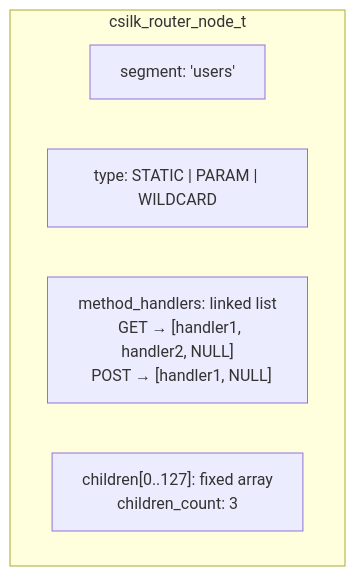
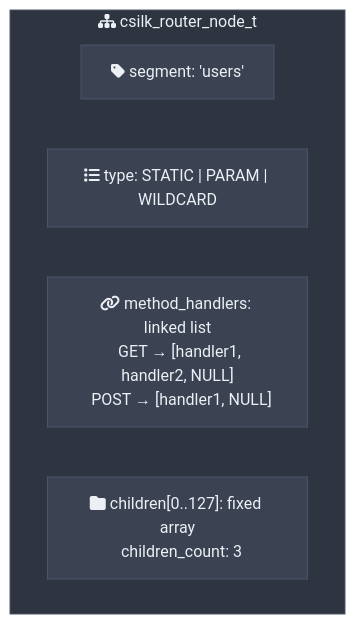
The first of 5 diagrams in docs/module-design/router.md (quintin-lee/csilk), drawn with Mermaid before and after one commit. The commit also changed other lines of this file and 30 other files, not shown here.

Commit message:
docs(docs): 📝 apply Nord Mermaid theme, RFC 2119 keywords, and quantified metrics to all docs

````diff
--- a/docs/module-design/router.md
+++ b/docs/module-design/router.md
@@ -7,9 +7,31 @@
 ```mermaid
+%%{init: {
+  'theme': 'base',
+  'themeVariables': {
+    'background': '#2E3440',
+    'primaryColor': '#81A1C1',
+    'primaryBorderColor': '#4C566A',
+    'primaryTextColor': '#ECEFF4',
+    'secondaryColor': '#3B4252',
+    'secondaryBorderColor': '#434C5E',
+    'secondaryTextColor': '#D8DEE9',
+    'lineColor': '#81A1C1',
+    'textColor': '#ECEFF4',
+    'mainBkg': '#3B4252',
+    'nodeBorder': '#4C566A',
+    'clusterBkg': '#2E3440',
+    'clusterBorder': '#4C566A',
+    'titleColor': '#ECEFF4',
+    'edgeLabelBackground': '#3B4252',
+    'nodeTextColor': '#ECEFF4'
+  },
+  'flowchart': {'htmlLabels': true, 'curve': 'basis'}
+}}%%
 graph TB
-    subgraph "csilk_router_node_t"
-        SEG["segment: 'users'"]
-        TYPE["type: STATIC | PARAM | WILDCARD"]
-        MH["method_handlers: linked list\n  GET → [handler1, handler2, NULL]\n  POST → [handler1, NULL]"]
-        CH["children[0..127]: fixed array\n  children_count: 3"]
+    subgraph router_node["fa:fa-sitemap csilk_router_node_t"]
+        SEG["fa:fa-tag segment: 'users'"]
+        TYPE["fa:fa-list type: STATIC | PARAM | WILDCARD"]
+        MH["fa:fa-link method_handlers: linked list\n  GET → [handler1, handler2, NULL]\n  POST → [handler1, NULL]"]
+        CH["fa:fa-folder children[0..127]: fixed array\n  children_count: 3"]
     end
 ```
````
